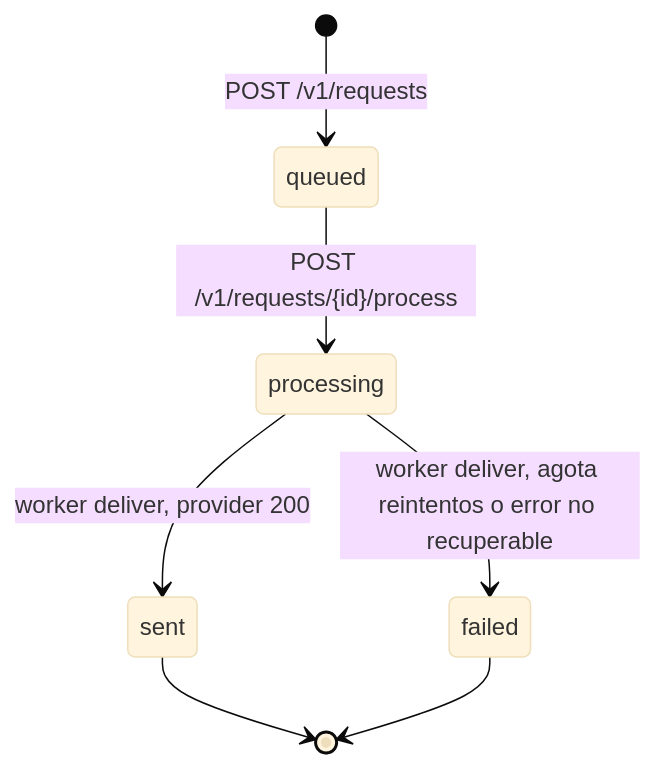
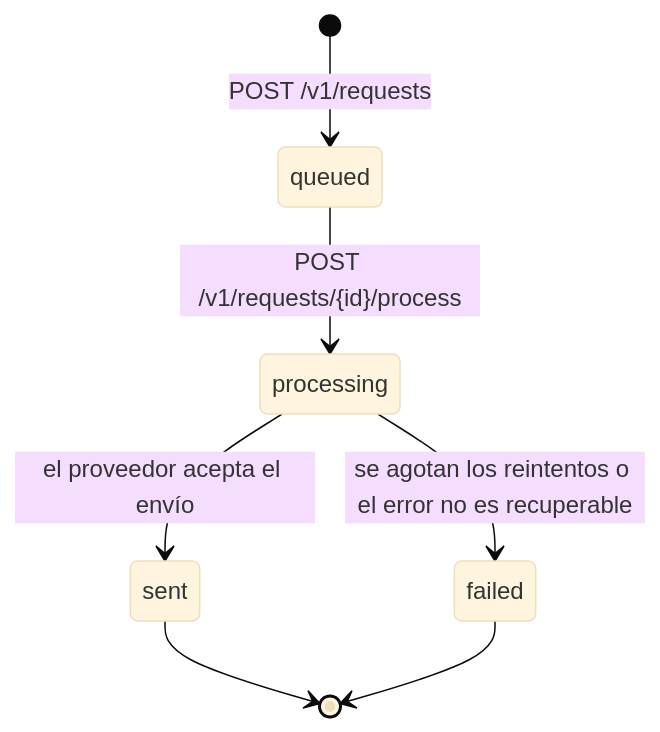
The diagram in README.md (Franziskeer/ams-solutions-prueba-backend-python), drawn with Mermaid (base theme) before and after one commit. The commit also changed other lines of this file and 3 other files, not shown here.

First line of the commit message:
docs: document design decisions and add overview diagram

````diff
--- a/README.md
+++ b/README.md
@@ -104,9 +120,9 @@
 ```mermaid
 stateDiagram-v2
     [*] --> queued: POST /v1/requests
     queued --> processing: POST /v1/requests/{id}/process
-    processing --> sent: worker deliver, provider 200
-    processing --> failed: worker deliver, agota reintentos o error no recuperable
+    processing --> sent: el proveedor acepta el envío
+    processing --> failed: se agotan los reintentos o el error no es recuperable
     sent --> [*]
     failed --> [*]
 ```
````
